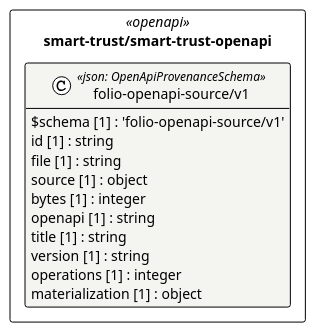
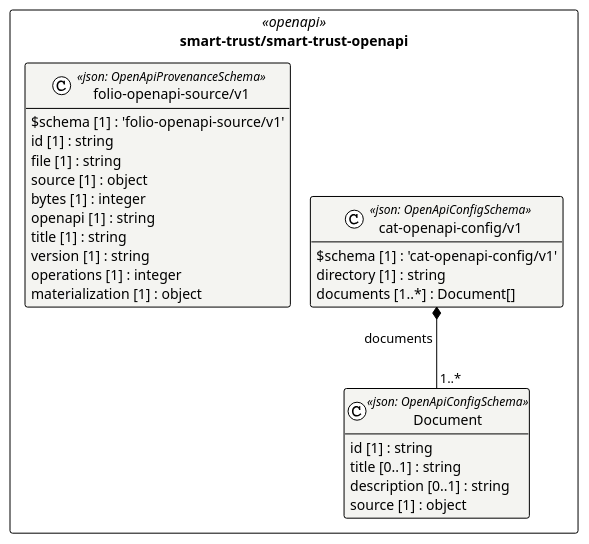
The diagram in cat-harness/uml/overview/smart-trust/smart-trust-openapi.puml (litlfred/folio-assistant), drawn with PlantUML before and after one commit. The commit also changed 90 other files, not shown here.

```diff
--- a/cat-harness/uml/overview/smart-trust/smart-trust-openapi.puml
+++ b/cat-harness/uml/overview/smart-trust/smart-trust-openapi.puml
@@ -3,24 +3,36 @@
 @startuml smart_trust_smart_trust_openapi
 !pragma layout elk
 !theme plain
 skinparam classAttributeIconSize 0
 skinparam shadowing false
 skinparam packageStyle rectangle
 hide empty methods
 
 package "smart-trust/smart-trust-openapi" as pkg_smart_trust_smart_trust_openapi <<openapi>> {
   class "folio-openapi-source/v1" as smart_trust_smart_trust_openapi_folio_openapi_source_v1_folio_openapi_source_v1 <<json: OpenApiProvenanceSchema>> #f4f4f1 {
     $schema [1] : 'folio-openapi-source/v1'
     id [1] : string
     file [1] : string
     source [1] : object
     bytes [1] : integer
     openapi [1] : string
     title [1] : string
     version [1] : string
     operations [1] : integer
     materialization [1] : object
   }
+  class "Document" as smart_trust_smart_trust_openapi_cat_openapi_config_v1_Document <<json: OpenApiConfigSchema>> #f4f4f1 {
+    id [1] : string
+    title [0..1] : string
+    description [0..1] : string
+    source [1] : object
+  }
+  class "cat-openapi-config/v1" as smart_trust_smart_trust_openapi_cat_openapi_config_v1_cat_openapi_config_v1 <<json: OpenApiConfigSchema>> #f4f4f1 {
+    $schema [1] : 'cat-openapi-config/v1'
+    directory [1] : string
+    documents [1..*] : Document[]
+  }
 }
 
+smart_trust_smart_trust_openapi_cat_openapi_config_v1_cat_openapi_config_v1 *-- "1..*" smart_trust_smart_trust_openapi_cat_openapi_config_v1_Document : documents
 @enduml
```
